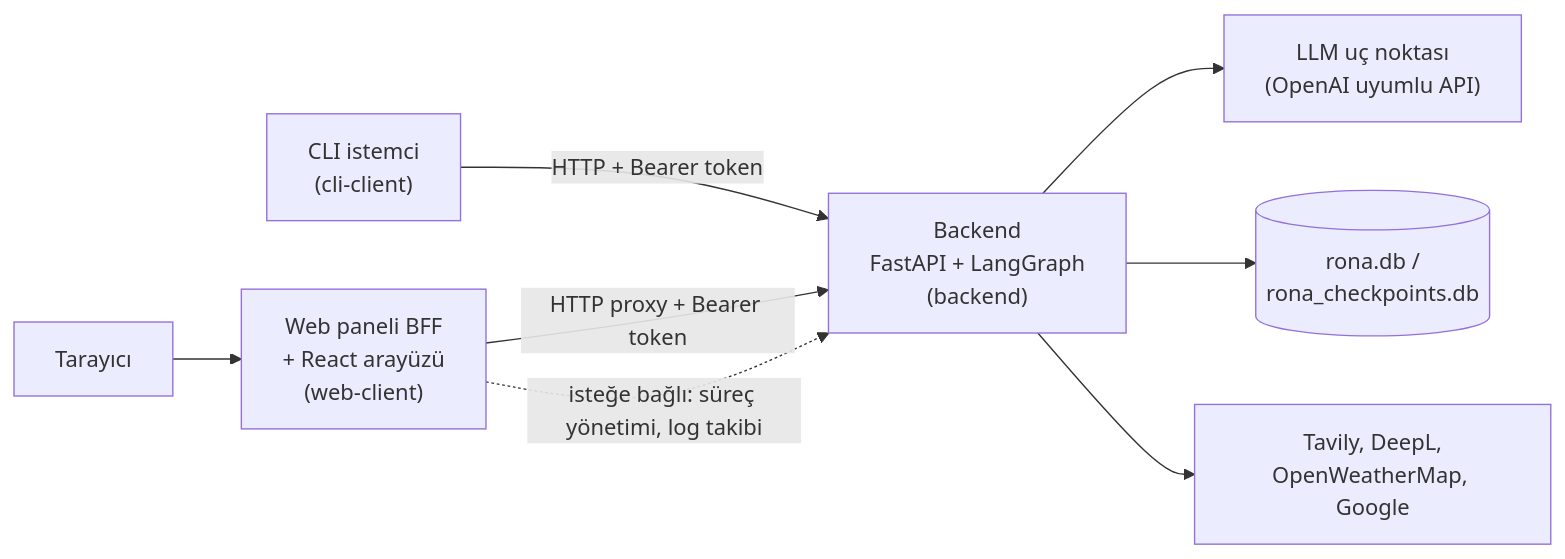
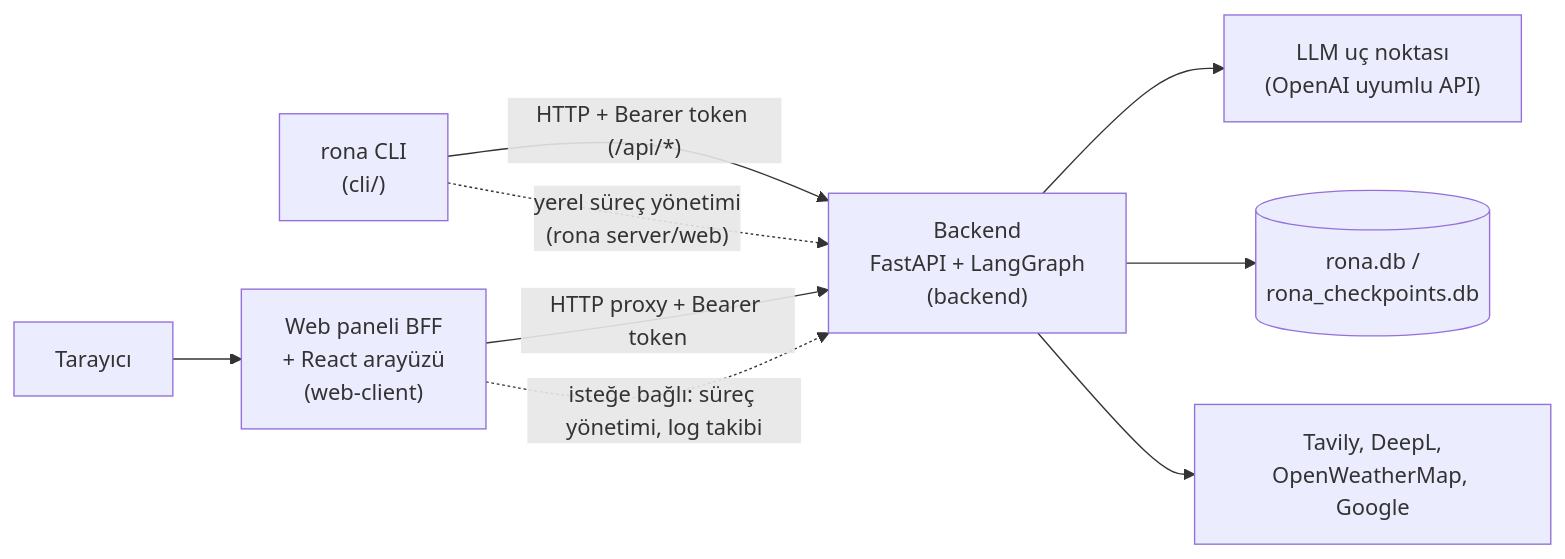
Before and after one commit to Tech-06/Rona-Public-Edition: the first of 2 diagrams in README.md, drawn with Mermaid. The commit also changed other lines of this file and 2 other files, not shown here.

````diff
--- a/README.md
+++ b/README.md
@@ -433,18 +510,19 @@
 ```mermaid
 flowchart LR
-    CLI["CLI istemci<br/>(cli-client)"]
+    CLI["rona CLI<br/>(cli/)"]
     TARAYICI["Tarayıcı"]
     WEBUI["Web paneli BFF<br/>+ React arayüzü<br/>(web-client)"]
     BACKEND["Backend<br/>FastAPI + LangGraph<br/>(backend)"]
     LLM["LLM uç noktası<br/>(OpenAI uyumlu API)"]
     DEPO[("rona.db /<br/>rona_checkpoints.db")]
     DIS["Tavily, DeepL,<br/>OpenWeatherMap, Google"]
 
     TARAYICI --> WEBUI
-    CLI -->|"HTTP + Bearer token"| BACKEND
+    CLI -->|"HTTP + Bearer token (/api/*)"| BACKEND
+    CLI -.->|"yerel süreç yönetimi<br/>(rona server/web)"| BACKEND
     WEBUI -->|"HTTP proxy + Bearer token"| BACKEND
     WEBUI -.->|"isteğe bağlı: süreç yönetimi, log takibi"| BACKEND
     BACKEND --> LLM
     BACKEND --> DEPO
     BACKEND --> DIS
 ```
````
